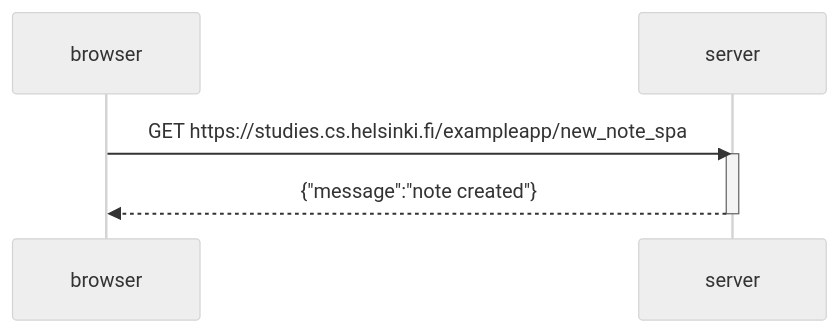
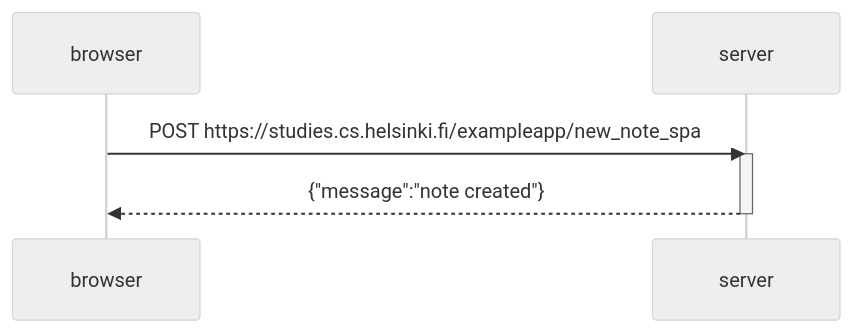
The diagram in osa0/6_uusi_muistiinpano/sequenceDiagram.md (JoelTurtiainen/fso), drawn with Mermaid (neutral theme) before and after one commit.

````diff
--- a/osa0/6_uusi_muistiinpano/sequenceDiagram.md
+++ b/osa0/6_uusi_muistiinpano/sequenceDiagram.md
@@ -1,10 +1,10 @@
 ```mermaid
     sequenceDiagram
         participant browser
         participant server
         
-        browser->>server: GET  https://studies.cs.helsinki.fi/exampleapp/new_note_spa
+        browser->>server: POST https://studies.cs.helsinki.fi/exampleapp/new_note_spa
         activate server
         server-->>browser: {"message":"note created"}
         deactivate server
 ```
````
